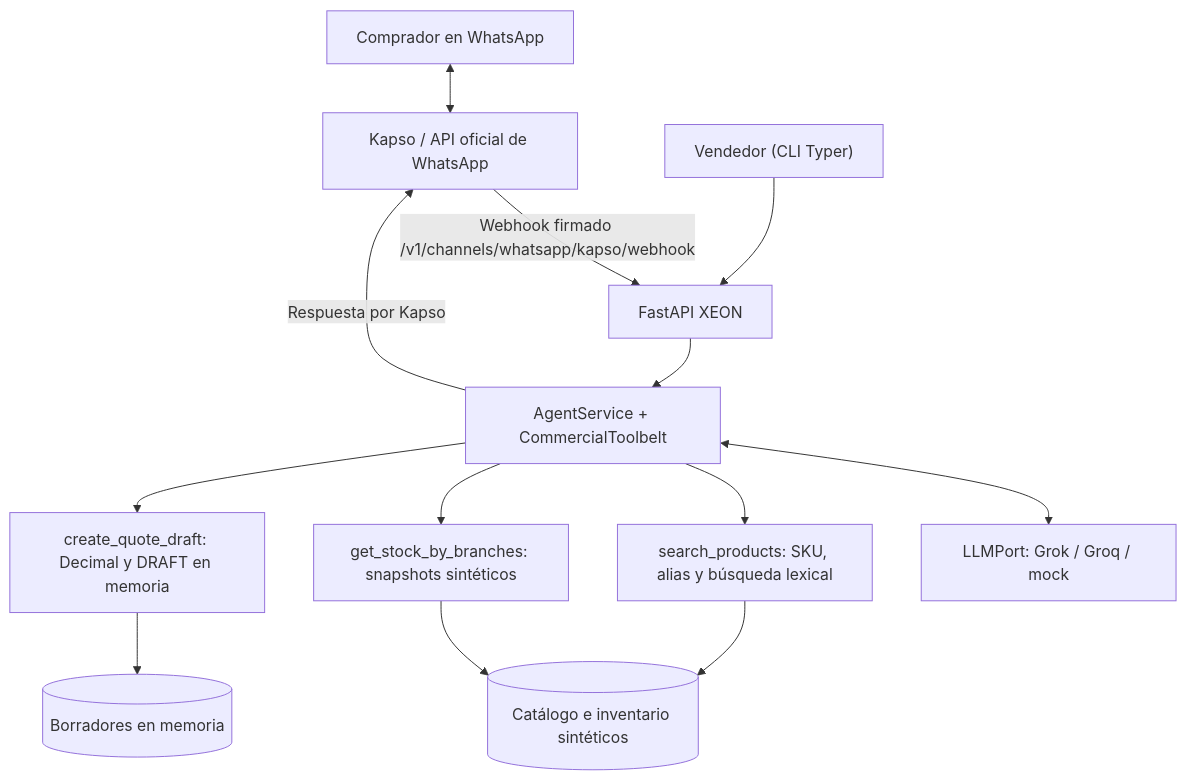
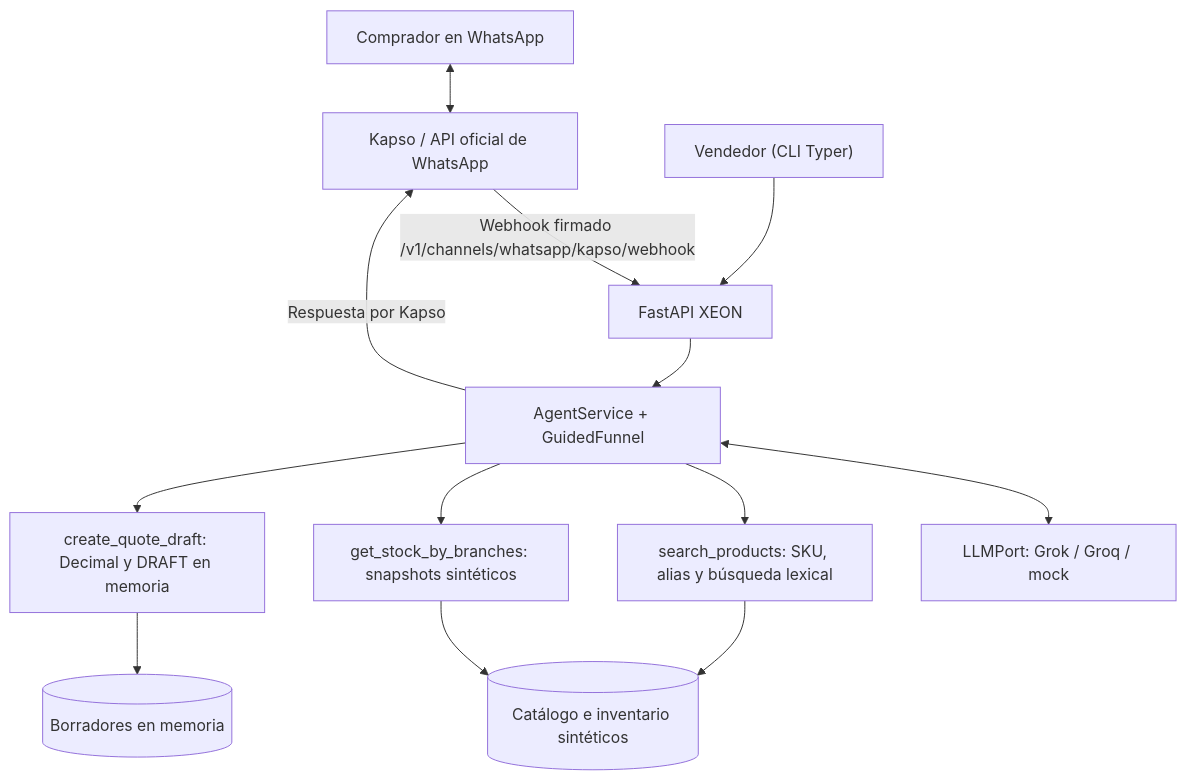
Before and after one commit to TuMinipeka/Xeon-agente-cotizaciones: the diagram in docs/XeonContexto.md, drawn with Mermaid. The commit also changed other lines of this file and 29 other files, not shown here.

````diff
--- a/docs/XeonContexto.md
+++ b/docs/XeonContexto.md
@@ -112,15 +112,15 @@
 ```mermaid
 flowchart TD
     Cliente["Comprador en WhatsApp"] <--> Kapso["Kapso / API oficial de WhatsApp"]
     Kapso -- "Webhook firmado /v1/channels/whatsapp/kapso/webhook" --> API["FastAPI XEON"]
-    API --> Agente["AgentService + CommercialToolbelt"]
+    API --> Agente["AgentService + GuidedFunnel"]
     Agente <--> LLM["LLMPort: Grok / Groq / mock"]
     Agente --> ToolSearch["search_products: SKU, alias y búsqueda lexical"]
     Agente --> ToolStock["get_stock_by_branches: snapshots sintéticos"]
     Agente --> ToolQuote["create_quote_draft: Decimal y DRAFT en memoria"]
     ToolSearch --> Memoria[("Catálogo e inventario sintéticos")]
     ToolStock --> Memoria
     ToolQuote --> Borradores[("Borradores en memoria")]
     Agente -- "Respuesta por Kapso" --> Kapso
     Vendedor["Vendedor (CLI Typer)"] --> API
 ```
````
